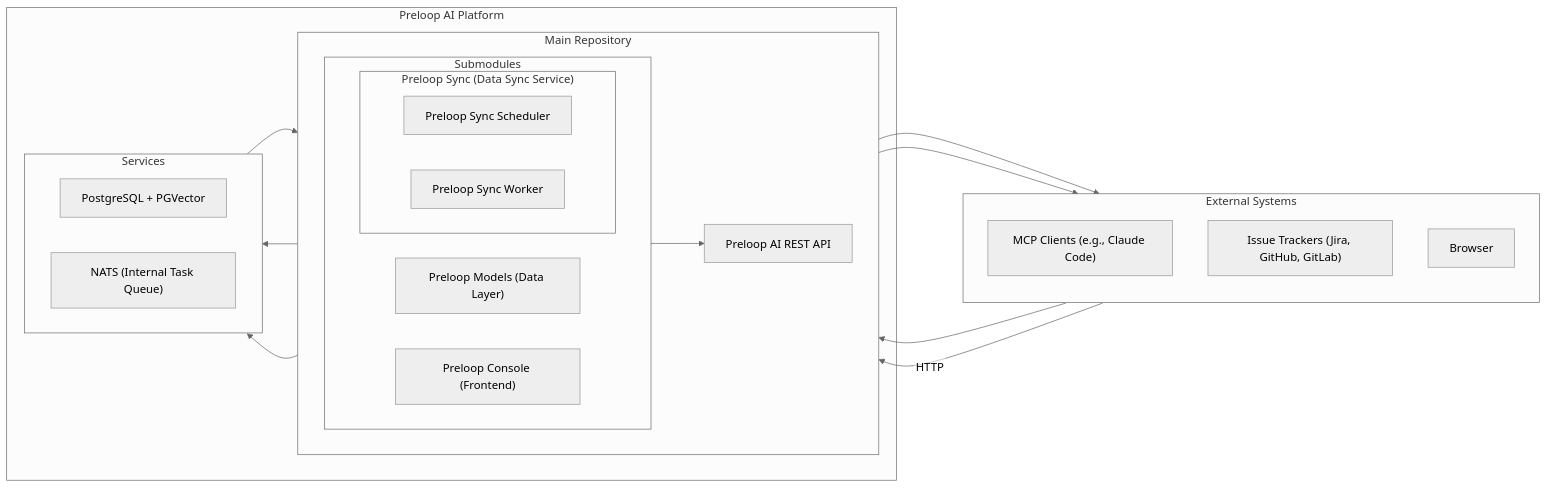
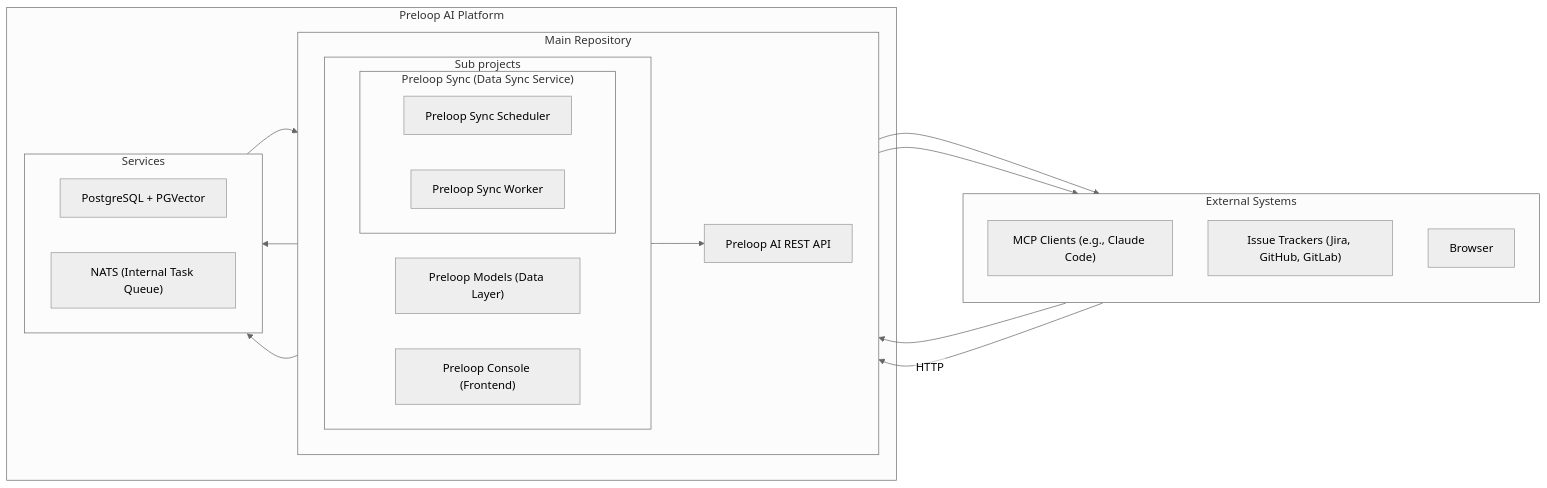
The first of 7 diagrams in ARCHITECTURE.md (GiorgosAlexakis/preloop), drawn with Mermaid (neutral theme) before and after one commit. The commit also changed other lines of this file and 56 other files, not shown here.

````diff
--- a/ARCHITECTURE.md
+++ b/ARCHITECTURE.md
@@ -9,41 +9,41 @@
 ```mermaid
 %%{init: {"flowchart": { "htmlLabels": false}} }%%
 graph LR
     subgraph "External Systems"
         direction TB
         MCP_Clients["MCP Clients (e.g., Claude Code)"]
         Issue_Trackers["Issue Trackers (Jira, GitHub, GitLab)"]
         Browser["Browser"]
     end
     subgraph "Preloop AI Platform"
         subgraph "Main Repository"
             direction LR
             API["Preloop AI REST API"]
-            subgraph "Submodules"
+            subgraph "Sub projects"
                 direction LR
                 PreloopModels["Preloop Models (Data Layer)"]
                 subgraph "Preloop Sync (Data Sync Service)"
                     Scheduler["Preloop Sync Scheduler"]
                     Worker["Preloop Sync Worker"]
                 end
                 PreloopConsole["Preloop Console (Frontend)"]
             end
         end
         subgraph "Services"
             direction RL
             DB["PostgreSQL + PGVector"]
             NATS["NATS (Internal Task Queue)"]
         end
 
 
     end
     Browser --> PreloopConsole
     PreloopModels --> DB
     Scheduler --> NATS
     NATS --> Worker
     Worker --> Issue_Trackers
     API --> Issue_Trackers
 
     MCP_Clients -- HTTP --> API
     PreloopConsole --> API
 ```
````
